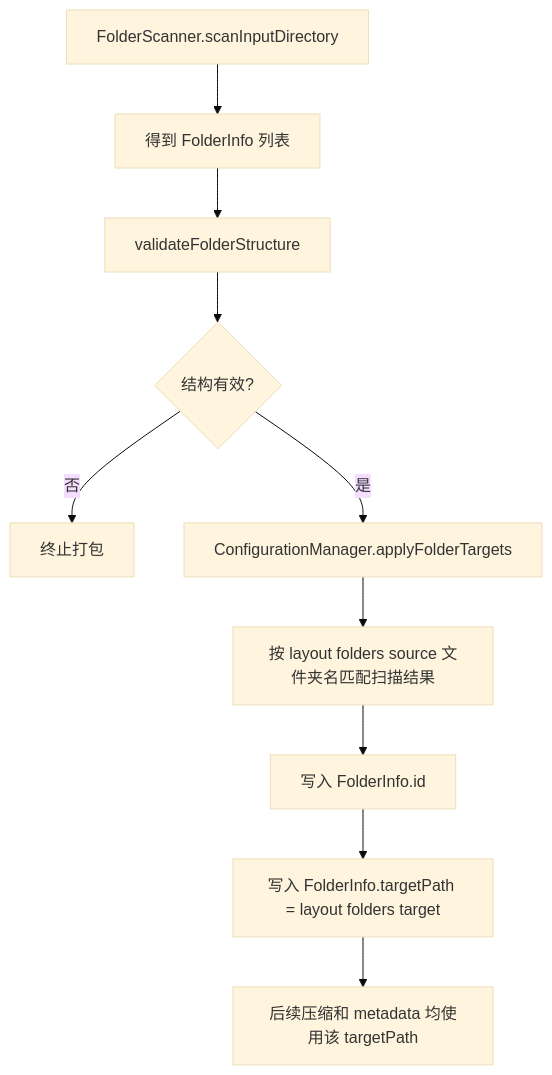
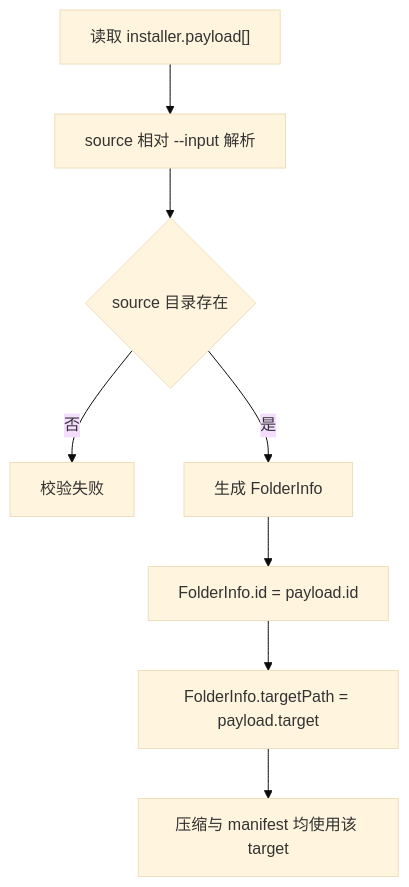
One commit to lu020218/Multi-Threaded_Installer changed the third of 6 diagrams in docs/打包器流程图.md. Above: the diagram before and after it, drawn with Mermaid (base theme). The commit also changed other lines of this file and 63 other files, not shown here.

````diff
--- a/docs/打包器流程图.md
+++ b/docs/打包器流程图.md
@@ -78,12 +56,10 @@
 ```mermaid
 flowchart TD
-    A[FolderScanner.scanInputDirectory] --> B[得到 FolderInfo 列表]
-    B --> C[validateFolderStructure]
-    C --> D{结构有效?}
-    D -->|否| D1[终止打包]
-    D -->|是| E[ConfigurationManager.applyFolderTargets]
-    E --> F[按 layout folders source 文件夹名匹配扫描结果]
-    F --> G[写入 FolderInfo.id]
-    G --> H[写入 FolderInfo.targetPath = layout folders target]
-    H --> I[后续压缩和 metadata 均使用该 targetPath]
+    A["读取 installer.payload[]"] --> B["source 相对 --input 解析"]
+    B --> C{"source 目录存在"}
+    C -->|否| C1["校验失败"]
+    C -->|是| D["生成 FolderInfo"]
+    D --> E["FolderInfo.id = payload.id"]
+    E --> F["FolderInfo.targetPath = payload.target"]
+    F --> G["压缩与 manifest 均使用该 target"]
 ```
````
